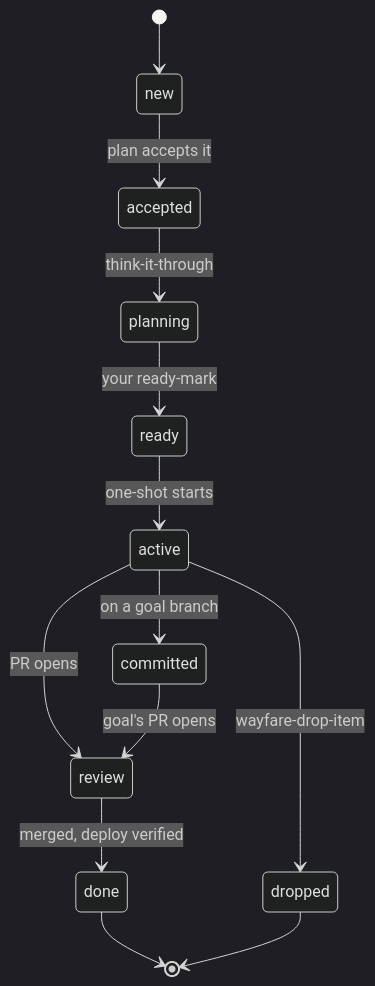
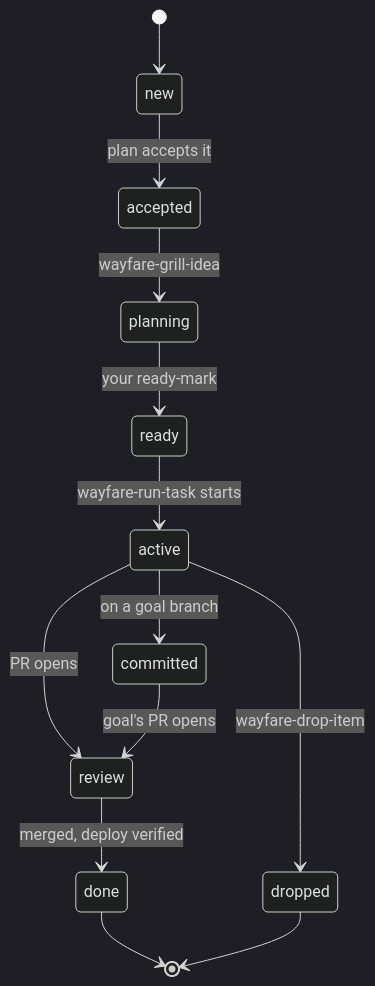
The second of 4 diagrams in README.md (ai-hero/hero-skills), drawn with Mermaid (dark theme) before and after one commit. The commit also changed other lines of this file and 47 other files, not shown here.

````diff
--- a/README.md
+++ b/README.md
@@ -100,15 +100,15 @@
 ```mermaid
 stateDiagram-v2
   [*] --> new
   new --> accepted: plan accepts it
-  accepted --> planning: think-it-through
+  accepted --> planning: wayfare-grill-idea
   planning --> ready: your ready-mark
-  ready --> active: one-shot starts
+  ready --> active: wayfare-run-task starts
   active --> committed: on a goal branch
   active --> review: PR opens
   committed --> review: goal's PR opens
   review --> done: merged, deploy verified
   active --> dropped: wayfare-drop-item
   done --> [*]
   dropped --> [*]
 ```
````
